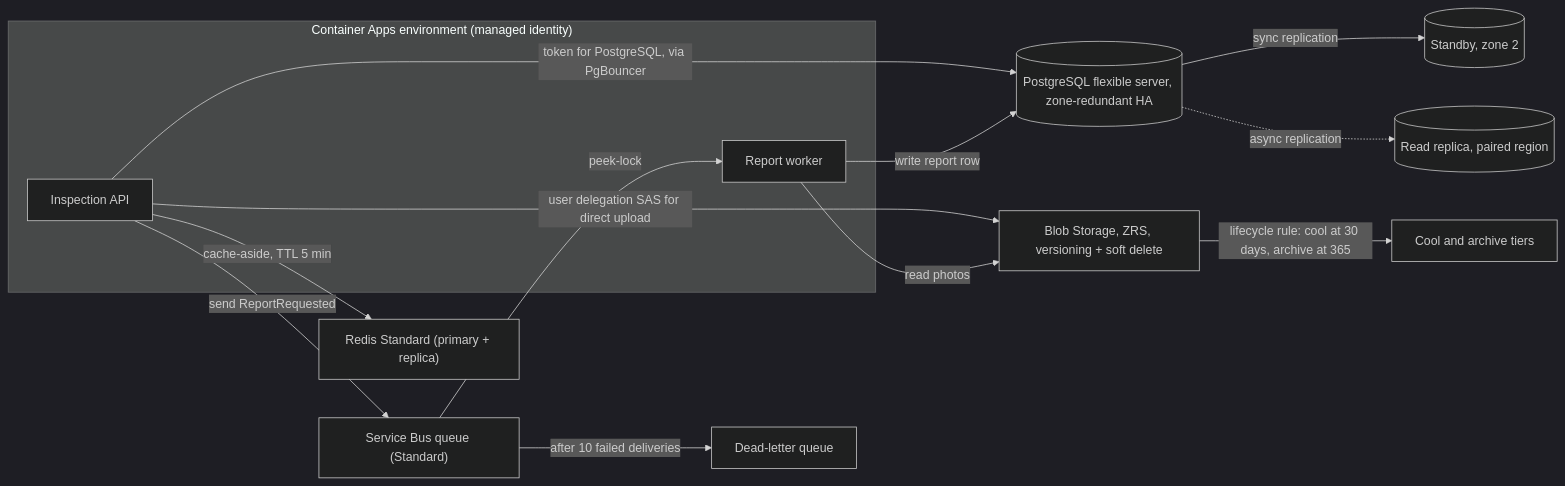
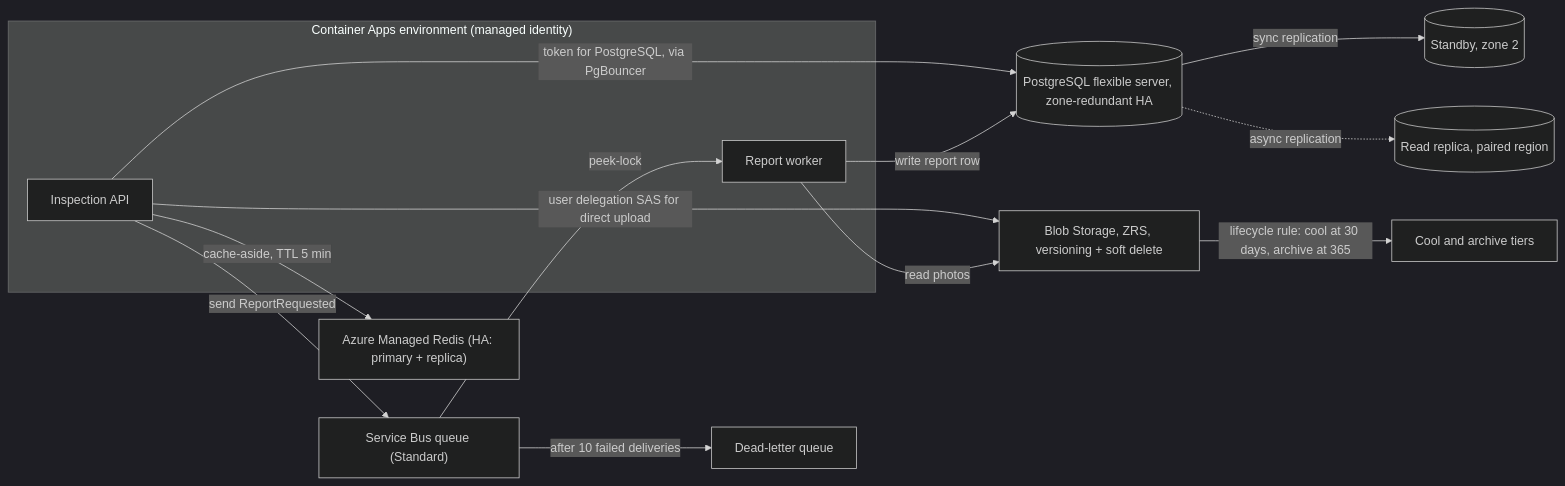
The first of 2 diagrams in content/lessons/m15/m15-azure-data.md (rizwi0786/system-design-lab), drawn with Mermaid (dark theme) before and after one commit. The commit also changed other lines of this file and 334 other files, not shown here.

````diff
--- a/content/lessons/m15/m15-azure-data.md
+++ b/content/lessons/m15/m15-azure-data.md
@@ -200,18 +201,18 @@
 ```mermaid
 flowchart LR
     subgraph Compute["Container Apps environment (managed identity)"]
         API["Inspection API"]
         Worker["Report worker"]
     end
     API -->|"token for PostgreSQL, via PgBouncer"| PG[("PostgreSQL flexible server, zone-redundant HA")]
     PG -->|"sync replication"| SB2[("Standby, zone 2")]
     PG -.->|"async replication"| RR[("Read replica, paired region")]
-    API -->|"cache-aside, TTL 5 min"| Redis["Redis Standard (primary + replica)"]
+    API -->|"cache-aside, TTL 5 min"| Redis["Azure Managed Redis (HA: primary + replica)"]
     API -->|"user delegation SAS for direct upload"| Blob["Blob Storage, ZRS, versioning + soft delete"]
     API -->|"send ReportRequested"| Q["Service Bus queue (Standard)"]
     Q -->|"peek-lock"| Worker
     Q -->|"after 10 failed deliveries"| DLQ["Dead-letter queue"]
     Worker -->|"read photos"| Blob
     Worker -->|"write report row"| PG
     Blob -->|"lifecycle rule: cool at 30 days, archive at 365"| Arch["Cool and archive tiers"]
 ```
````
